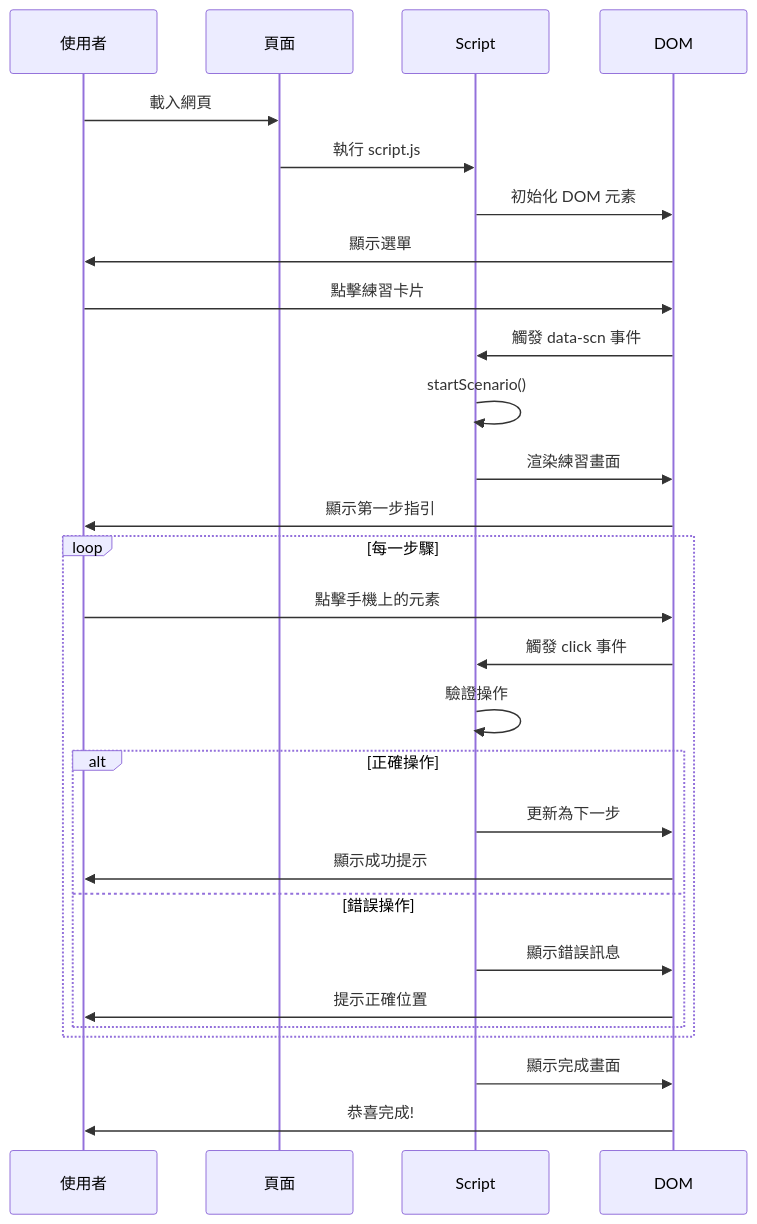
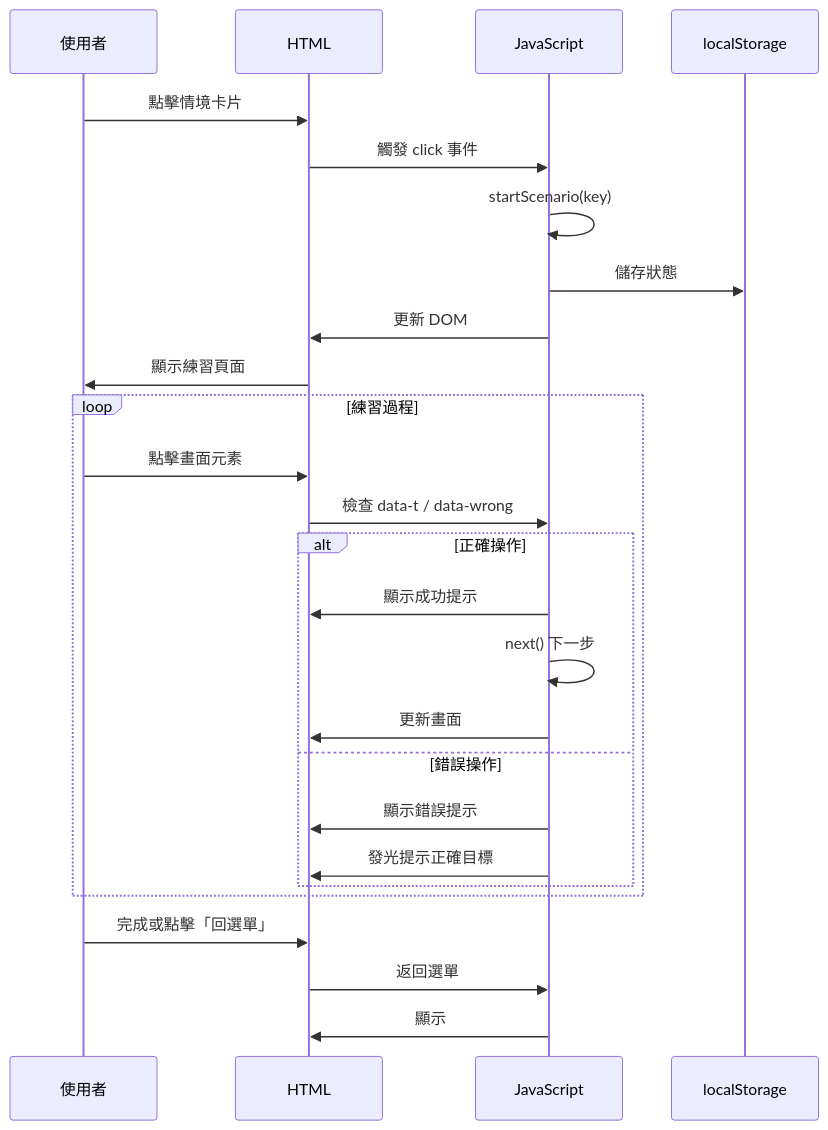
Before and after one commit to cuteman0725/phone-practice: diagram 16 of 17 in index.md, drawn with Mermaid. The commit also changed other lines of this file and 8 other files, not shown here.

````diff
--- a/index.md
+++ b/index.md
@@ -108,34 +530,32 @@
 ```mermaid
 sequenceDiagram
     participant U as 使用者
-    participant P as 頁面
-    participant S as Script
-    participant D as DOM
+    participant H as HTML
+    participant J as JavaScript
+    participant L as localStorage
     
-    U->>P: 載入網頁
-    P->>S: 執行 script.js
-    S->>D: 初始化 DOM 元素
-    D->>U: 顯示選單
+    U->>H: 點擊情境卡片
+    H->>J: 觸發 click 事件
+    J->>J: startScenario(key)
+    J->>L: 儲存狀態
+    J->>H: 更新 DOM
+    H->>U: 顯示練習頁面
     
-    U->>D: 點擊練習卡片
-    D->>S: 觸發 data-scn 事件
-    S->>S: startScenario()
-    S->>D: 渲染練習畫面
-    D->>U: 顯示第一步指引
-    
-    loop 每一步驟
-        U->>D: 點擊手機上的元素
-        D->>S: 觸發 click 事件
-        S->>S: 驗證操作
+    loop 練習過程
+        U->>H: 點擊畫面元素
+        H->>J: 檢查 data-t / data-wrong
+        
         alt 正確操作
-            S->>D: 更新為下一步
-            D->>U: 顯示成功提示
+            J->>H: 顯示成功提示
+            J->>J: next() 下一步
+            J->>H: 更新畫面
         else 錯誤操作
-            S->>D: 顯示錯誤訊息
-            D->>U: 提示正確位置
+            J->>H: 顯示錯誤提示
+            J->>H: 發光提示正確目標
         end
     end
     
-    S->>D: 顯示完成畫面
-    D->>U: 恭喜完成!
+    U->>H: 完成或點擊「回選單」
+    H->>J: 返回選單
+    J->>H: 顯示 #start
 ```
````
